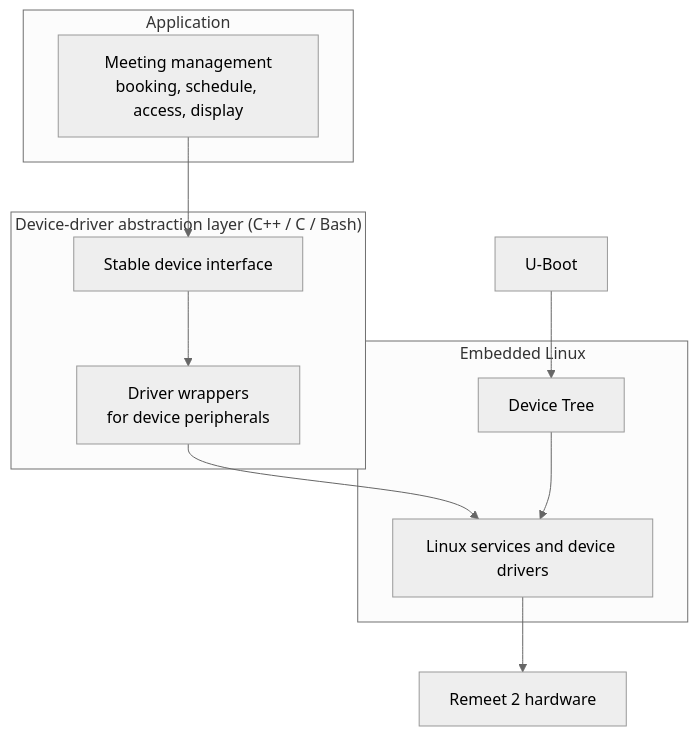
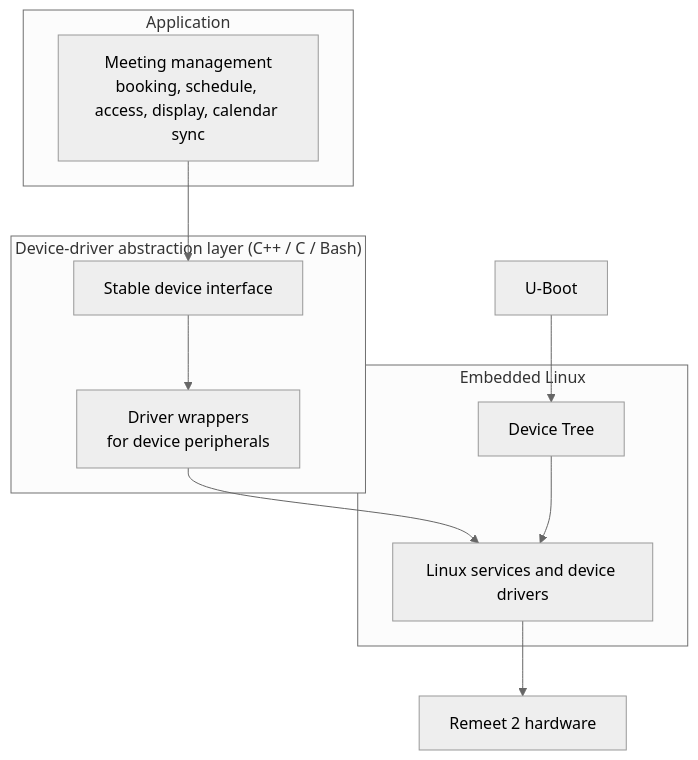
The diagram in README.md (PATEmbedded/Remeet2), drawn with Mermaid (neutral theme) before and after one commit. The commit also changed other lines of this file, not shown here.

````diff
--- a/README.md
+++ b/README.md
@@ -95,23 +95,23 @@
 ```mermaid
 flowchart TB
     subgraph App["Application"]
-        MM["Meeting management<br/>booking, schedule, access, display"]
+        MM["Meeting management<br/>booking, schedule, access, display, calendar sync"]
     end
 
     subgraph DAL["Device-driver abstraction layer (C++ / C / Bash)"]
         API["Stable device interface"]
         DRV["Driver wrappers<br/>for device peripherals"]
     end
 
     subgraph OS["Embedded Linux"]
         SVC["Linux services and device drivers"]
         DT["Device Tree"]
     end
 
     BOOT["U-Boot"]
     HW["Remeet 2 hardware"]
 
     MM --> API --> DRV --> SVC --> HW
     DT --> SVC
     BOOT --> DT
 ```
````
